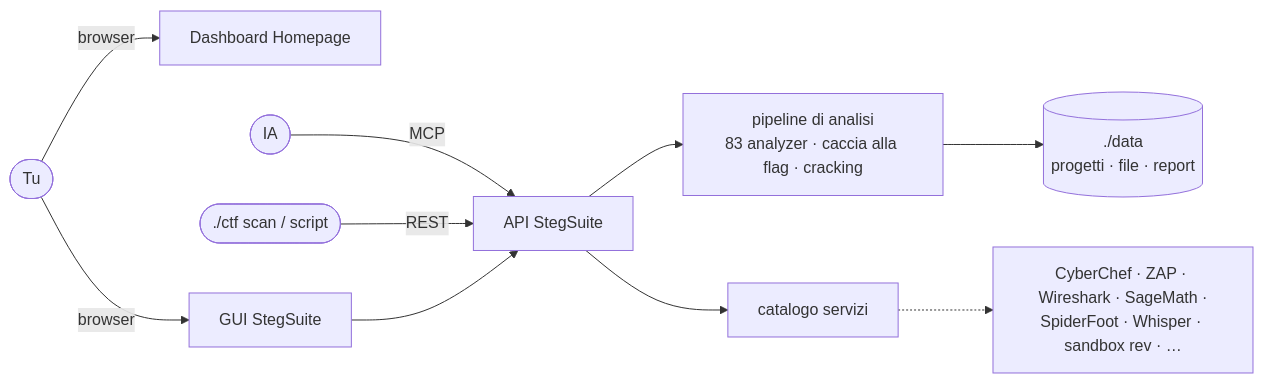
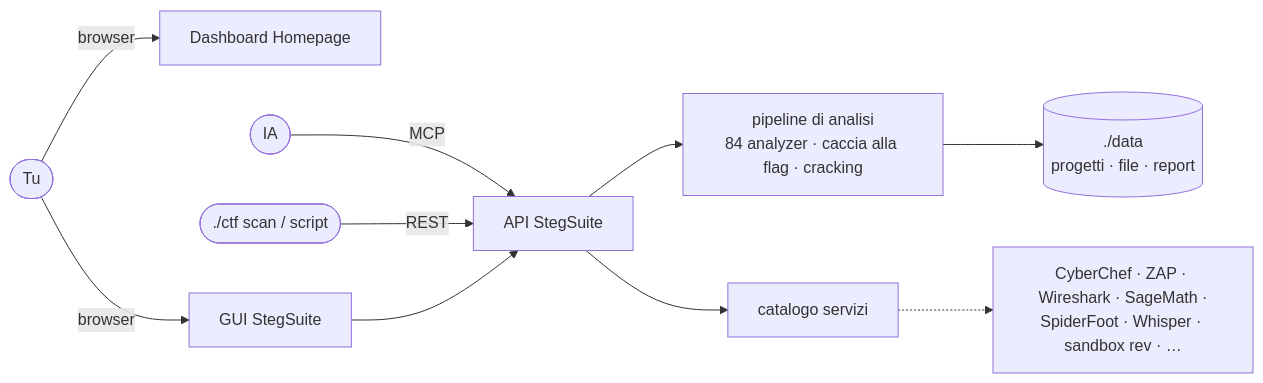
Before and after one commit to dexRand/ctf-docker: the diagram in README.it.md, drawn with Mermaid. The commit also changed other lines of this file and 5 other files, not shown here.

````diff
--- a/README.it.md
+++ b/README.it.md
@@ -88,12 +88,12 @@
 ```mermaid
 flowchart LR
   tu([Tu]) -->|browser| dash[Dashboard Homepage]
   tu -->|browser| ss[GUI StegSuite]
   ia([IA]) -->|MCP| api
   cli([./ctf scan / script]) -->|REST| api
   ss --> api[API StegSuite]
-  api --> pipe[pipeline di analisi<br/>83 analyzer · caccia alla flag · cracking]
+  api --> pipe[pipeline di analisi<br/>84 analyzer · caccia alla flag · cracking]
   pipe --> data[(./data<br/>progetti · file · report)]
   api --> svc[catalogo servizi]
   svc -.-> tools[CyberChef · ZAP · Wireshark · SageMath ·<br/>SpiderFoot · Whisper · sandbox rev · …]
 ```
````
